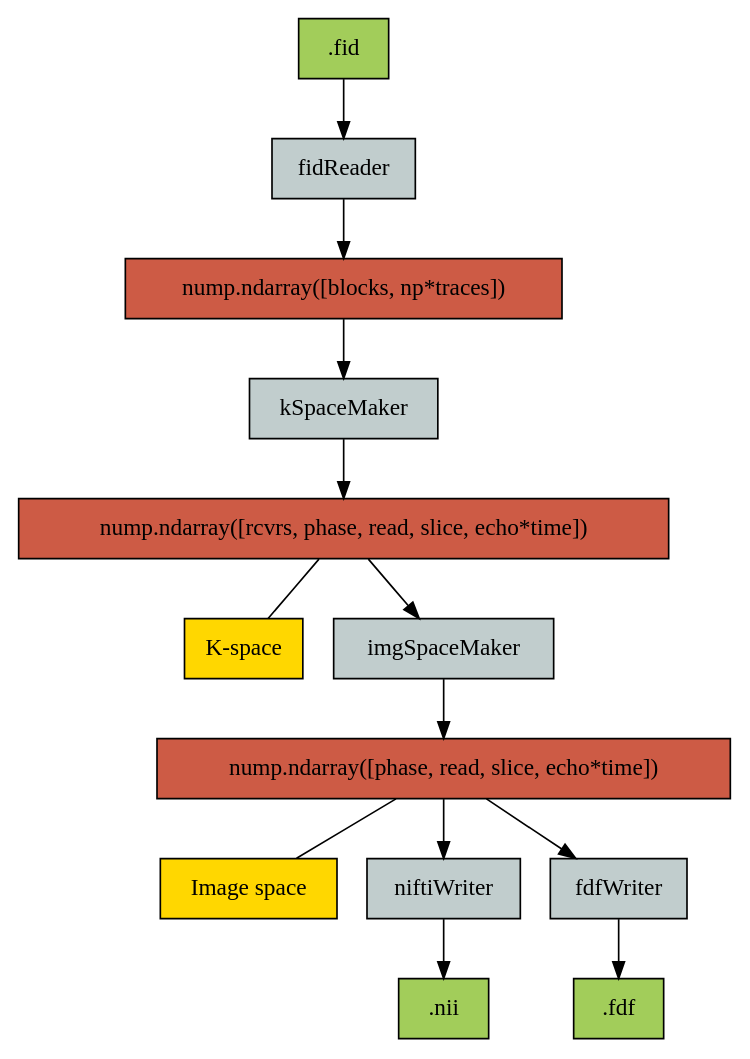
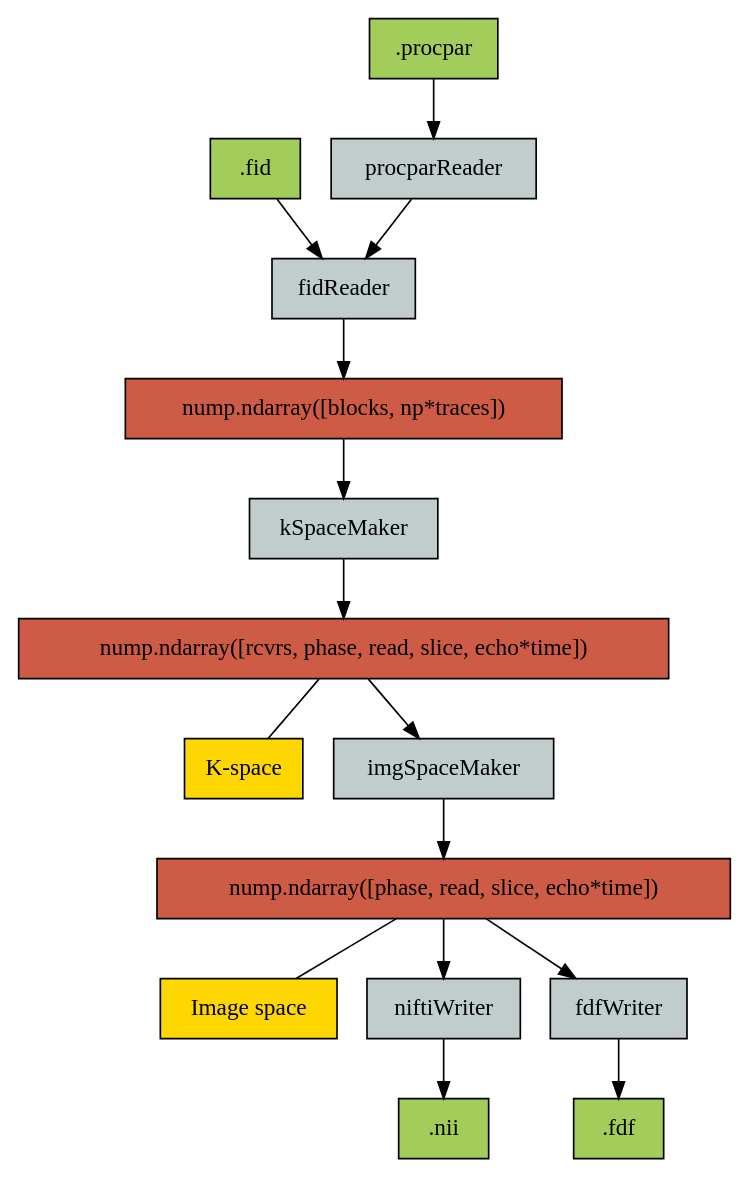
The diagram in doc/flowchart.dot (hlatkyd/vnmrjpy_old), drawn with Graphviz before and after one commit. The commit also changed 5 other files, not shown here.

```diff
--- a/doc/flowchart.dot
+++ b/doc/flowchart.dot
@@ -1,84 +1,95 @@
 digraph "pyrecon path" {
-	graph [bb="0,0,337,612"];
+	graph [bb="0,0,337,684"];
 	node [color=black,
 		fillcolor=azure3,
 		label="\N",
 		shape=box,
 		style=filled
 	];
 	edge [len=1];
 	fid	 [fillcolor=darkolivegreen3,
 		height="0.5",
 		label=".fid",
-		pos="152,594",
+		pos="106,594",
 		width="0.75"];
 	FR	 [height="0.5",
 		label=fidReader,
 		pos="152,522",
 		width="0.97222"];
-	fid -> FR	 [pos="e,152,540.41 152,575.83 152,568.13 152,558.97 152,550.42"];
+	fid -> FR	 [pos="e,140.24,540.41 117.61,575.83 122.8,567.71 129.02,557.96 134.74,549.01"];
 	"np.fid"	 [fillcolor=coral3,
 		height="0.5",
 		label="nump.ndarray([blocks, np*traces])",
 		pos="152,450",
 		width="2.8611"];
 	FR -> "np.fid"	 [pos="e,152,468.41 152,503.83 152,496.13 152,486.97 152,478.42"];
 	fdf	 [fillcolor=darkolivegreen3,
 		height="0.5",
 		label=".fdf",
 		pos="292,18",
 		width="0.75"];
 	nifti	 [fillcolor=darkolivegreen3,
 		height="0.5",
 		label=".nii",
 		pos="203,18",
 		width="0.75"];
+	pp	 [fillcolor=darkolivegreen3,
+		height="0.5",
+		label=".procpar",
+		pos="199,666",
+		width="0.86111"];
+	PR	 [height="0.5",
+		label=procparReader,
+		pos="199,594",
+		width="1.3333"];
+	pp -> PR	 [pos="e,199,612.41 199,647.83 199,640.13 199,630.97 199,622.42"];
+	PR -> FR	 [pos="e,164.02,540.41 187.14,575.83 181.84,567.71 175.48,557.96 169.63,549.01"];
 	K	 [fillcolor=gold,
 		height="0.5",
 		label="K-space",
 		pos="102,234",
 		width="0.83333"];
 	I	 [fillcolor=gold,
 		height="0.5",
 		label="Image space",
 		pos="106,90",
 		width="1.1667"];
 	KM	 [height="0.5",
 		label=kSpaceMaker,
 		pos="152,378",
 		width="1.2778"];
 	"np.fid" -> KM	 [pos="e,152,396.41 152,431.83 152,424.13 152,414.97 152,406.42"];
 	"np.kspace"	 [fillcolor=coral3,
 		height="0.5",
 		label="nump.ndarray([rcvrs, phase, read, slice, echo*time])",
 		pos="152,306",
 		width="4.2222"];
 	KM -> "np.kspace"	 [pos="e,152,324.41 152,359.83 152,352.13 152,342.97 152,334.42"];
 	"np.kspace" -> K	 [arrowhead=none,
 		pos="139.38,287.83 131.86,277 122.34,263.29 114.79,252.41"];
 	IM	 [height="0.5",
 		label=imgSpaceMaker,
 		pos="203,234",
 		width="1.4722"];
 	"np.kspace" -> IM	 [pos="e,189.96,252.41 164.87,287.83 170.68,279.62 177.67,269.76 184.06,260.73"];
 	"np.nifti"	 [fillcolor=coral3,
 		height="0.5",
 		label="nump.ndarray([phase, read, slice, echo*time])",
 		pos="203,162",
 		width="3.7222"];
 	IM -> "np.nifti"	 [pos="e,203,180.41 203,215.83 203,208.13 203,198.97 203,190.42"];
 	"np.nifti" -> I	 [arrowhead=none,
 		pos="178.52,143.83 163.82,132.92 145.17,119.08 130.47,108.16"];
 	NW	 [height="0.5",
 		label=niftiWriter,
 		pos="203,90",
 		width="1.0278"];
 	"np.nifti" -> NW	 [pos="e,203,108.41 203,143.83 203,136.13 203,126.97 203,118.42"];
 	FW	 [height="0.5",
 		label=fdfWriter,
 		pos="292,90",
 		width="0.94444"];
 	"np.nifti" -> FW	 [pos="e,269.55,108.16 225.46,143.83 236.42,134.96 249.77,124.16 261.63,114.57"];
 	NW -> nifti	 [pos="e,203,36.413 203,71.831 203,64.131 203,54.974 203,46.417"];
 	FW -> fdf	 [pos="e,292,36.413 292,71.831 292,64.131 292,54.974 292,46.417"];
 }
```
